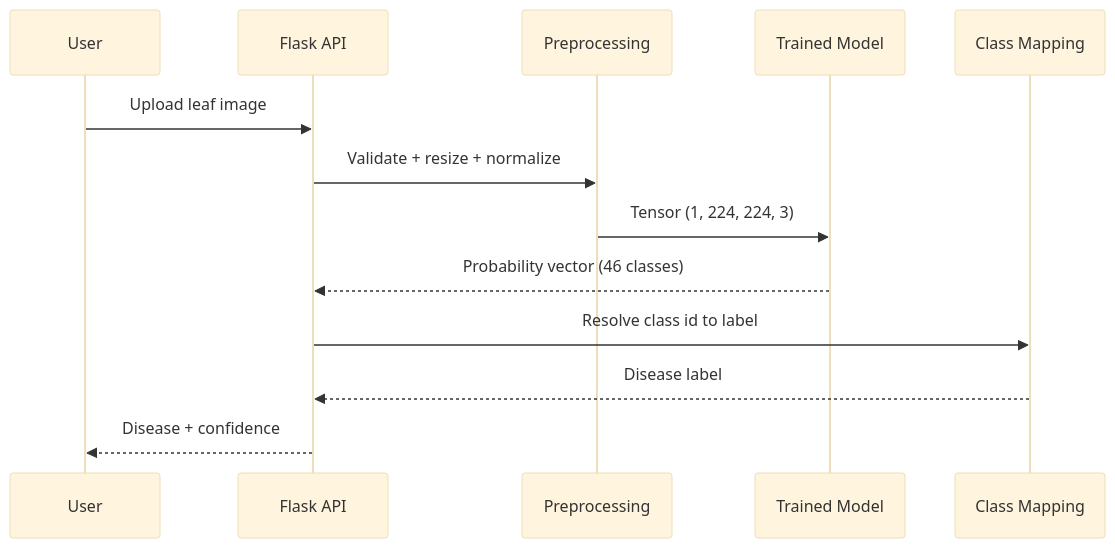
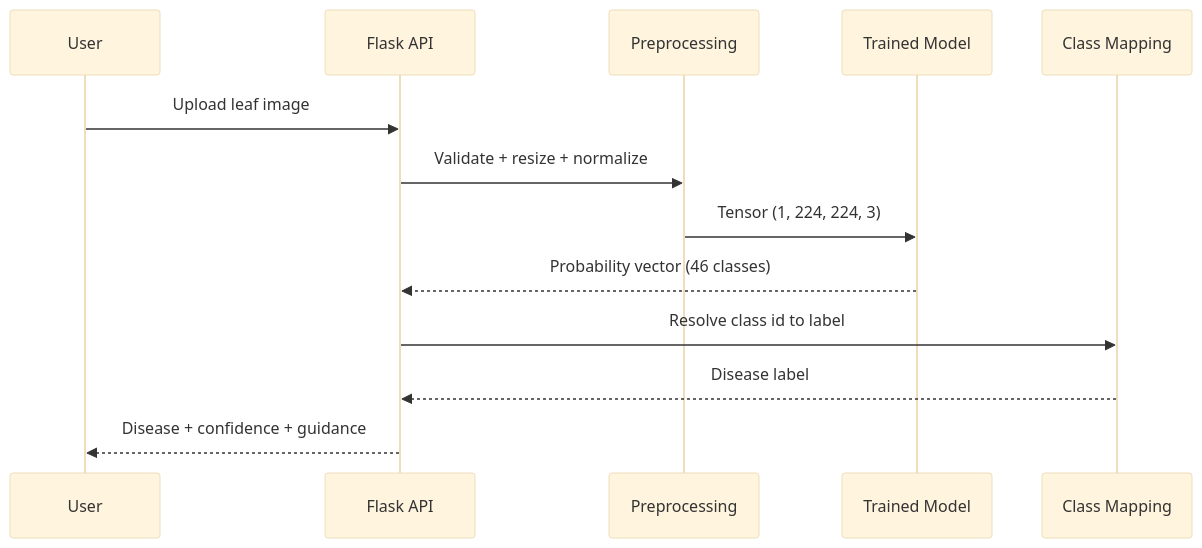
The fifth of 5 diagrams in docs/architecture.md (ItzSwapnil/Leaf_Disease_Detection), drawn with Mermaid (base theme) before and after one commit. The commit also changed other lines of this file and 45 other files, not shown here.

````diff
--- a/docs/architecture.md
+++ b/docs/architecture.md
@@ -132,16 +147,16 @@
 ```mermaid
 sequenceDiagram
     participant U as User
     participant API as Flask API
     participant PRE as Preprocessing
     participant MOD as Trained Model
     participant MAP as Class Mapping
 
     U->>API: Upload leaf image
     API->>PRE: Validate + resize + normalize
     PRE->>MOD: Tensor (1, 224, 224, 3)
     MOD-->>API: Probability vector (46 classes)
     API->>MAP: Resolve class id to label
     MAP-->>API: Disease label
-    API-->>U: Disease + confidence
+    API-->>U: Disease + confidence + guidance
 ```
````
